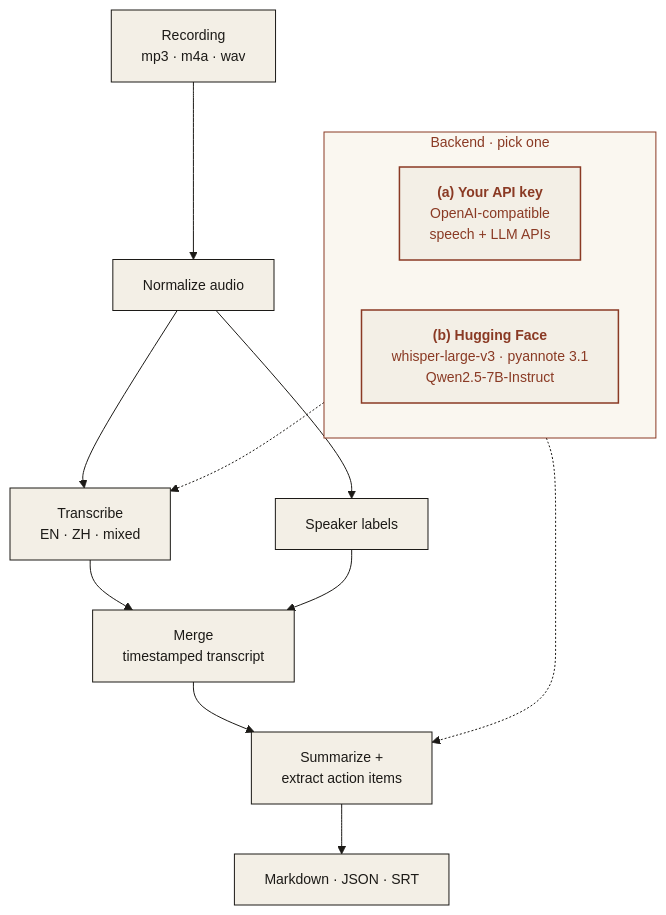
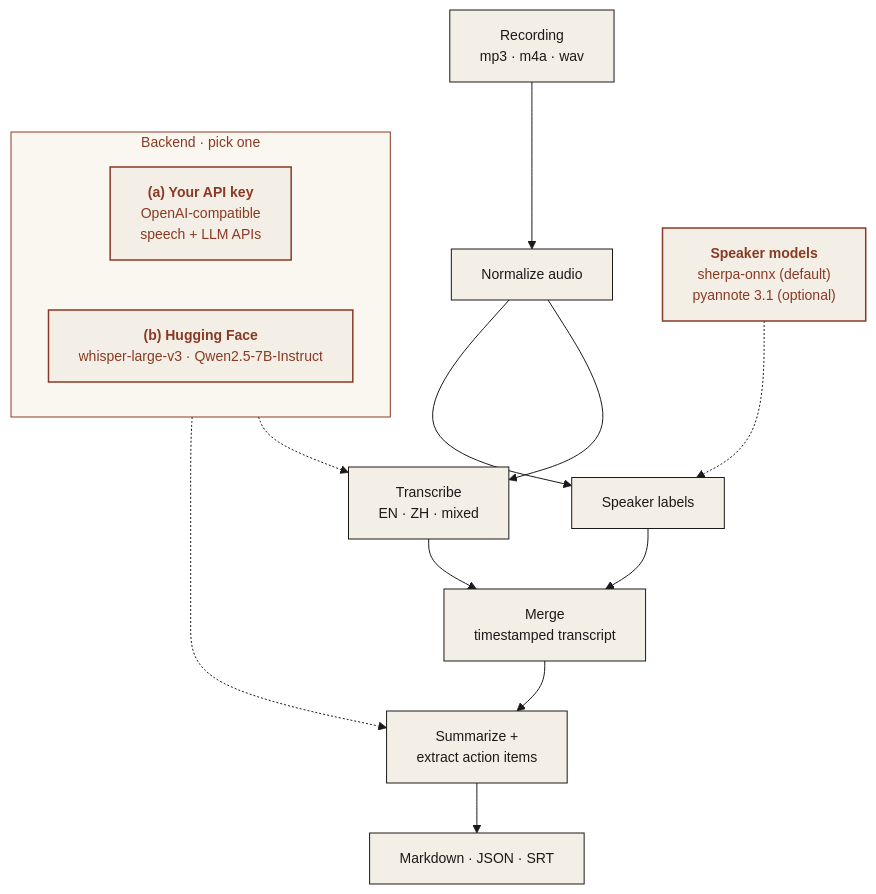
Before and after one commit to ModelShifts/meeting-notes: the diagram in README.md, drawn with Mermaid. The commit also changed other lines of this file and 2 other files, not shown here.

````diff
--- a/README.md
+++ b/README.md
@@ -28,22 +33,24 @@
 ```mermaid
 %%{init: {"theme":"base","flowchart":{"curve":"basis","wrappingWidth":260},"themeVariables":{"fontFamily":"Georgia, Times New Roman, serif","fontSize":"14px","primaryColor":"#f3efe6","primaryTextColor":"#1c1a17","primaryBorderColor":"#1c1a17","lineColor":"#1c1a17","clusterBkg":"#faf7f0","clusterBorder":"#8a3a24","titleColor":"#8a3a24","edgeLabelBackground":"#f3efe6"}}}%%
 flowchart TB
   A["Recording<br/>mp3 · m4a · wav"]:::ink --> N["Normalize audio"]:::ink
   N --> T["Transcribe<br/>EN · ZH · mixed"]:::ink
   N --> SP["Speaker labels"]:::ink
   T --> M["Merge<br/>timestamped transcript"]:::ink
   SP --> M
   M --> S["Summarize +<br/>extract action items"]:::ink
   S --> O["Markdown · JSON · SRT"]:::ink
   subgraph BK["Backend · pick one"]
     direction LR
     BKA["<b>(a) Your API key</b><br/>OpenAI-compatible<br/>speech + LLM APIs"]:::rust
-    BKH["<b>(b) Hugging Face</b><br/>whisper-large-v3 · pyannote 3.1<br/>Qwen2.5-7B-Instruct"]:::rust
+    BKH["<b>(b) Hugging Face</b><br/>whisper-large-v3 · Qwen2.5-7B-Instruct"]:::rust
   end
+  DZ["<b>Speaker models</b><br/>sherpa-onnx (default)<br/>pyannote 3.1 (optional)"]:::rust
   BK -.-> T
   BK -.-> S
+  DZ -.-> SP
 
   classDef cl fill:#faf7f0,stroke:#8a3a24,stroke-dasharray:4 3,color:#8a3a24;
   classDef ink fill:#f3efe6,stroke:#1c1a17,color:#1c1a17,stroke-width:1px;
   classDef rust fill:#f3efe6,stroke:#8a3a24,color:#8a3a24,stroke-width:1.5px;
 ```
````
